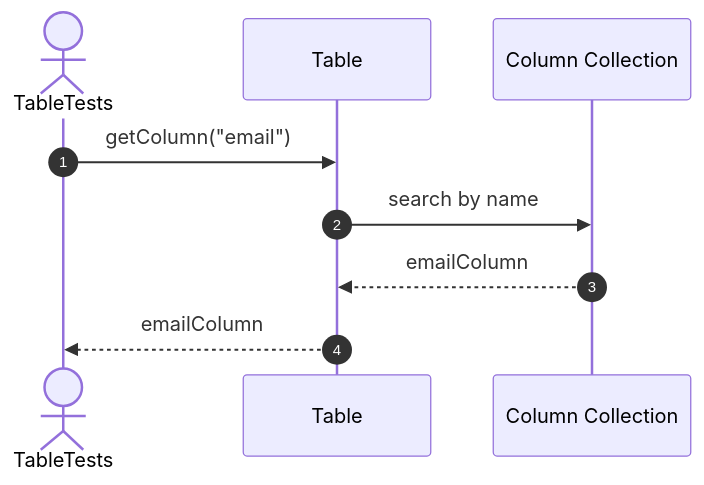
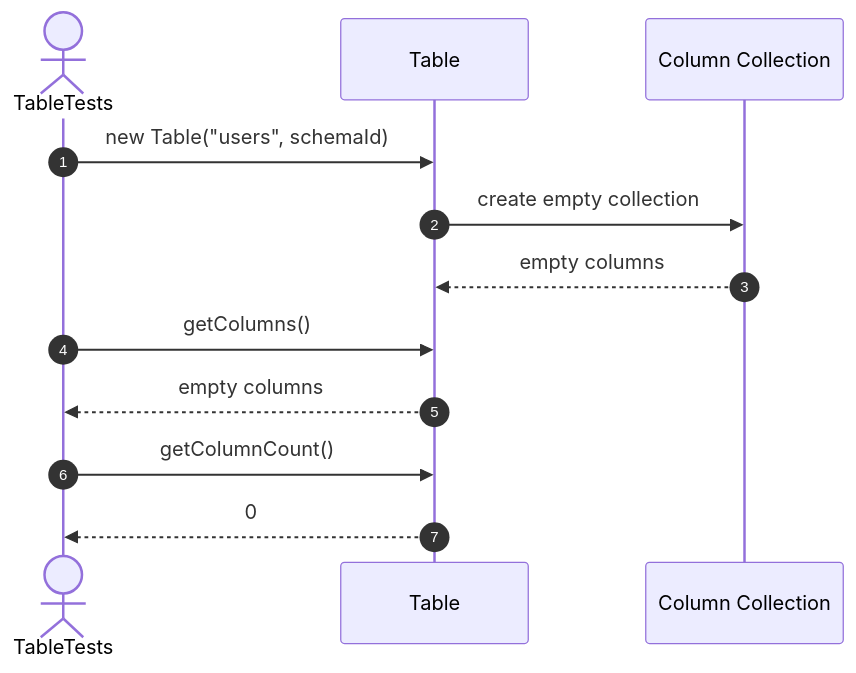
The fifth of 53 diagrams in src/tests/unit/metadata/sequences/tables-testing.se.md (FhuAnn/-bbv-AN-s-DBMS), drawn with Mermaid before and after one commit. The commit also changed other lines of this file and 7 other files, not shown here.

Commit message:
table and row run test successfully

````diff
--- a/src/tests/unit/metadata/sequences/tables-testing.se.md
+++ b/src/tests/unit/metadata/sequences/tables-testing.se.md
@@ -88,12 +81,15 @@
 ```mermaid
 sequenceDiagram
     autonumber
     actor Test as TableTests
     participant Table as Table
     participant Columns as Column Collection
 
-    Test->>Table: getColumn("email")
-    Table->>Columns: search by name
-    Columns-->>Table: emailColumn
-    Table-->>Test: emailColumn
+    Test->>Table: new Table("users", schemaId)
+    Table->>Columns: create empty collection
+    Columns-->>Table: empty columns
+    Test->>Table: getColumns()
+    Table-->>Test: empty columns
+    Test->>Table: getColumnCount()
+    Table-->>Test: 0
 ```
````
